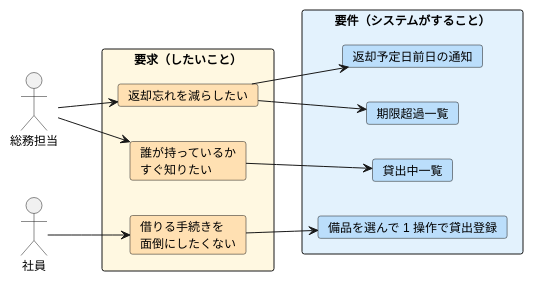
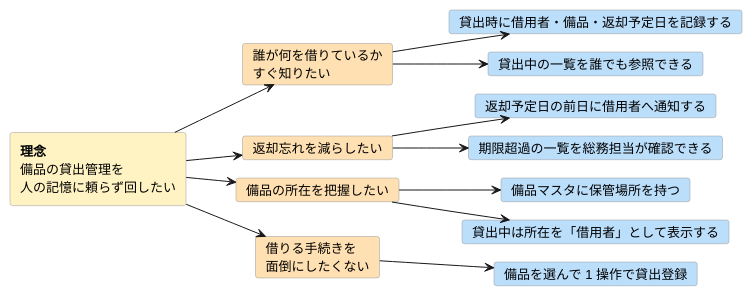
The second of 2 diagrams in src/content/docs/value.md (ShoheiImamura/req-dev), drawn with PlantUML before and after one commit. The commit also changed other lines of this file and 9 other files, not shown here.

````diff
--- a/src/content/docs/value.md
+++ b/src/content/docs/value.md
@@ -70,26 +47,37 @@
-```plantuml 誰の要求か
+```plantuml 要求の分解
 @startuml
 left to right direction
-skinparam defaultFontSize 12
-actor 総務担当
-actor 社員
-rectangle "要求（したいこと）" #FFF8E1 {
-  card "返却忘れを減らしたい" as r1 #FFE0B2
-  card "誰が持っているか\nすぐ知りたい" as r2 #FFE0B2
-  card "借りる手続きを\n面倒にしたくない" as r3 #FFE0B2
-}
-rectangle "要件（システムがすること）" #E3F2FD {
-  card "返却予定日前日の通知" as q1 #BBDEFB
-  card "期限超過一覧" as q2 #BBDEFB
-  card "貸出中一覧" as q3 #BBDEFB
-  card "備品を選んで 1 操作で貸出登録" as q4 #BBDEFB
-}
-総務担当 --> r1
-総務担当 --> r2
-社員 --> r3
+skinparam defaultFontSize 13
+skinparam rectangleBorderColor #999
+skinparam cardBorderColor #999
+skinparam nodesep 18
+skinparam ranksep 50
+
+rectangle "<b>理念</b>\n備品の貸出管理を\n人の記憶に頼らず回したい" as root #FFF3C4
+
+card "誰が何を借りているか\nすぐ知りたい" as r1 #FFE0B2
+card "返却忘れを減らしたい" as r2 #FFE0B2
+card "備品の所在を把握したい" as r3 #FFE0B2
+card "借りる手続きを\n面倒にしたくない" as r4 #FFE0B2
+
+card "貸出時に借用者・備品・返却予定日を記録する" as q1 #BBDEFB
+card "貸出中の一覧を誰でも参照できる" as q2 #BBDEFB
+card "返却予定日の前日に借用者へ通知する" as q3 #BBDEFB
+card "期限超過の一覧を総務担当が確認できる" as q4 #BBDEFB
+card "備品マスタに保管場所を持つ" as q5 #BBDEFB
+card "貸出中は所在を「借用者」として表示する" as q6 #BBDEFB
+card "備品を選んで 1 操作で貸出登録" as q7 #BBDEFB
+
+root --> r1
+root --> r2
+root --> r3
+root --> r4
 r1 --> q1
 r1 --> q2
 r2 --> q3
-r3 --> q4
+r2 --> q4
+r3 --> q5
+r3 --> q6
+r4 --> q7
 @enduml
 ```
````
